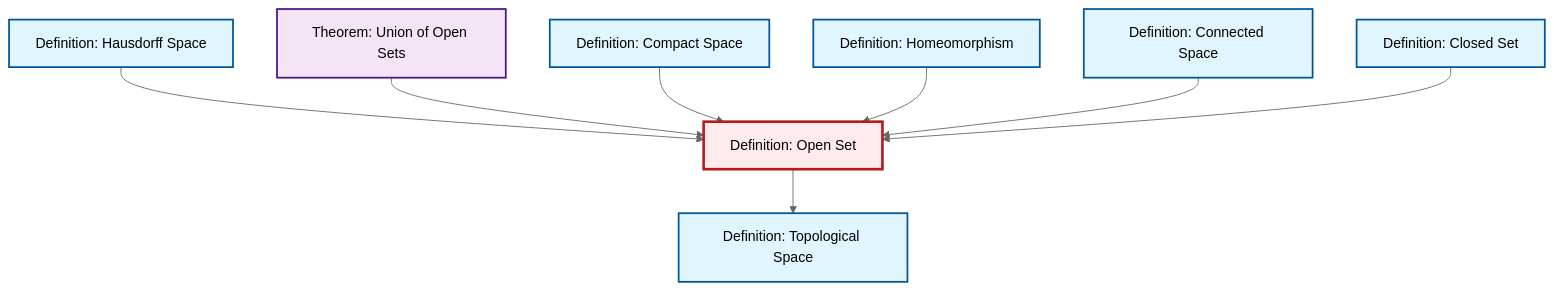
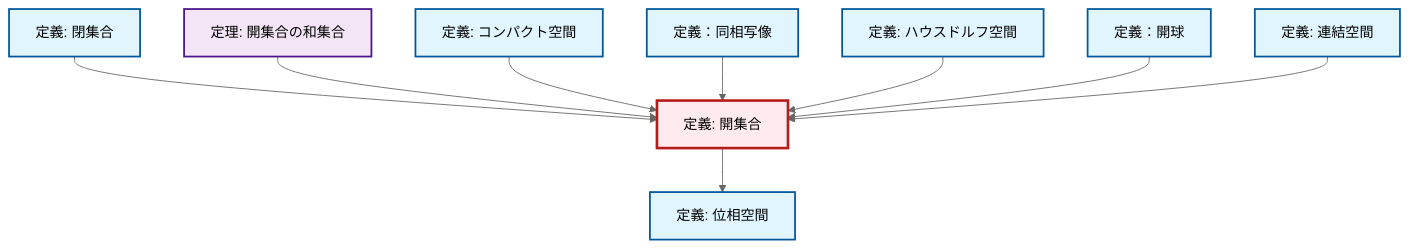
One commit to RK0429/ModernMath changed the diagram in content/ja/topology/def-open-set.qmd. Above: the diagram before and after it, drawn with Mermaid (neutral theme). The commit also changed 1069 other files, not shown here.

````diff
--- a/content/ja/topology/def-open-set.qmd
+++ b/content/ja/topology/def-open-set.qmd
@@ -55,32 +55,35 @@
 ```{mermaid}
 %%| fig-cap: "Local dependency graph"
 graph TD
     classDef definition fill:#e1f5fe,stroke:#01579b,stroke-width:2px
     classDef theorem fill:#f3e5f5,stroke:#4a148c,stroke-width:2px
     classDef axiom fill:#fff3e0,stroke:#e65100,stroke-width:2px
     classDef example fill:#e8f5e9,stroke:#1b5e20,stroke-width:2px
     classDef current fill:#ffebee,stroke:#b71c1c,stroke-width:3px
-    def-connected["Definition: Connected Space"]:::definition
-    thm-union-open-sets["Theorem: Union of Open Sets"]:::theorem
-    def-open-set["Definition: Open Set"]:::definition
-    def-closed-set["Definition: Closed Set"]:::definition
-    def-hausdorff["Definition: Hausdorff Space"]:::definition
-    def-homeomorphism["Definition: Homeomorphism"]:::definition
-    def-compact["Definition: Compact Space"]:::definition
-    def-topological-space["Definition: Topological Space"]:::definition
-    def-open-set --> def-topological-space
-    def-hausdorff --> def-open-set
+    def-homeomorphism["定義：同相写像"]:::definition
+    def-connected["定義: 連結空間"]:::definition
+    def-hausdorff["定義: ハウスドルフ空間"]:::definition
+    def-open-set["定義: 開集合"]:::definition
+    def-topological-space["定義: 位相空間"]:::definition
+    thm-union-open-sets["定理: 開集合の和集合"]:::theorem
+    def-closed-set["定義: 閉集合"]:::definition
+    def-open-ball["定義：開球"]:::definition
+    def-compact["定義: コンパクト空間"]:::definition
+    def-closed-set --> def-open-set
     thm-union-open-sets --> def-open-set
     def-compact --> def-open-set
     def-homeomorphism --> def-open-set
+    def-hausdorff --> def-open-set
+    def-open-ball --> def-open-set
     def-connected --> def-open-set
-    def-closed-set --> def-open-set
+    def-open-set --> def-topological-space
     class def-open-set current
-    click def-connected "def-connected.html" "Definition: Connected Spaceへ"
-    click thm-union-open-sets "thm-union-open-sets.html" "Theorem: Union of Open Setsへ"
-    click def-closed-set "def-closed-set.html" "Definition: Closed Setへ"
-    click def-hausdorff "def-hausdorff.html" "Definition: Hausdorff Spaceへ"
-    click def-homeomorphism "def-homeomorphism.html" "Definition: Homeomorphismへ"
-    click def-compact "def-compact.html" "Definition: Compact Spaceへ"
-    click def-topological-space "def-topological-space.html" "Definition: Topological Spaceへ"
+    click def-homeomorphism "def-homeomorphism.html" "定義：同相写像へ"
+    click def-connected "def-connected.html" "連結空間の定義へ"
+    click def-hausdorff "def-hausdorff.html" "ハウスドルフ空間の定義へ"
+    click def-topological-space "def-topological-space.html" "位相空間の定義へ"
+    click thm-union-open-sets "thm-union-open-sets.html" "開集合の和集合の定理へ"
+    click def-closed-set "def-closed-set.html" "閉集合の定義へ"
+    click def-open-ball "def-open-ball.html" "定義：開球へ"
+    click def-compact "def-compact.html" "コンパクト空間の定義へ"
 ```
````
